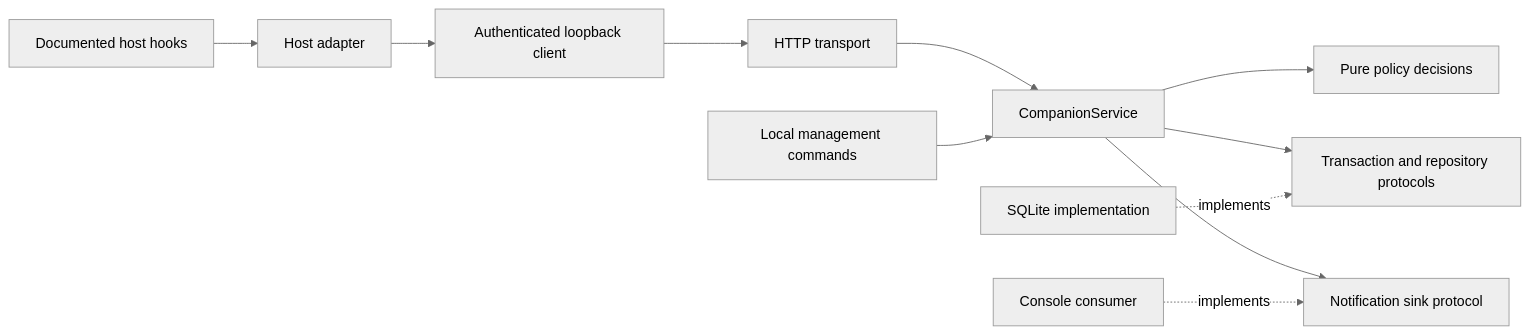
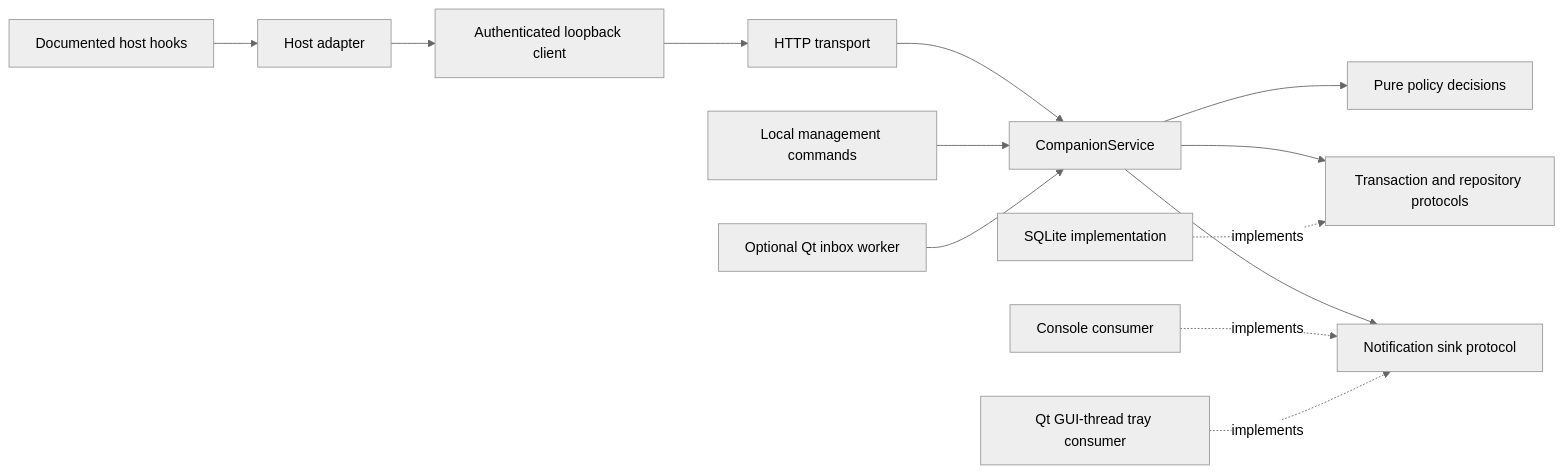
The diagram in docs/architecture.md (anu-devcode/scrip), drawn with Mermaid (neutral theme) before and after one commit. The commit also changed other lines of this file and 28 other files, not shown here.

First line of the commit message:
Add optional desktop inbox and tray notifications

````diff
--- a/docs/architecture.md
+++ b/docs/architecture.md
@@ -9,13 +9,15 @@
 ```mermaid
 flowchart LR
     Host[Documented host hooks] --> Adapter[Host adapter]
     Adapter --> Client[Authenticated loopback client]
     Client --> API[HTTP transport]
     API --> Service[CompanionService]
     CLI[Local management commands] --> Service
+    Desktop[Optional Qt inbox worker] --> Service
     Service --> Policy[Pure policy decisions]
     Service --> Ports[Transaction and repository protocols]
     SQLite[SQLite implementation] -. implements .-> Ports
     Service --> Sink[Notification sink protocol]
     Console[Console consumer] -. implements .-> Sink
+    Tray[Qt GUI-thread tray consumer] -. implements .-> Sink
 ```
````
